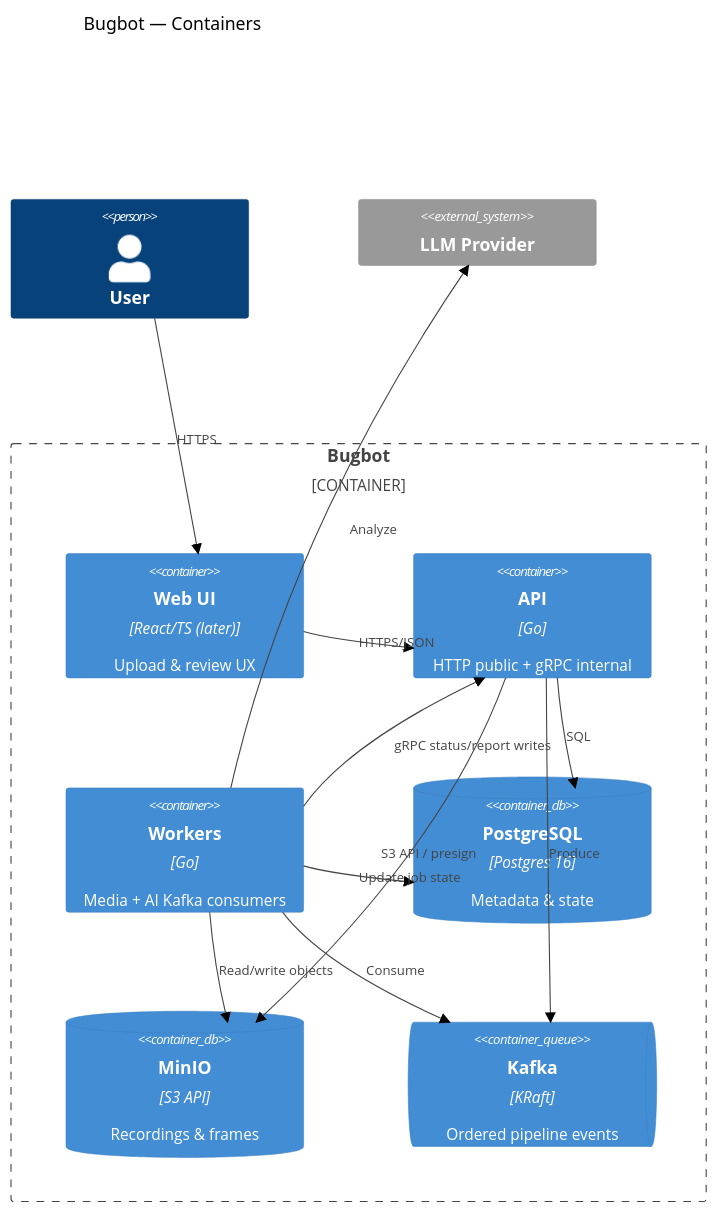
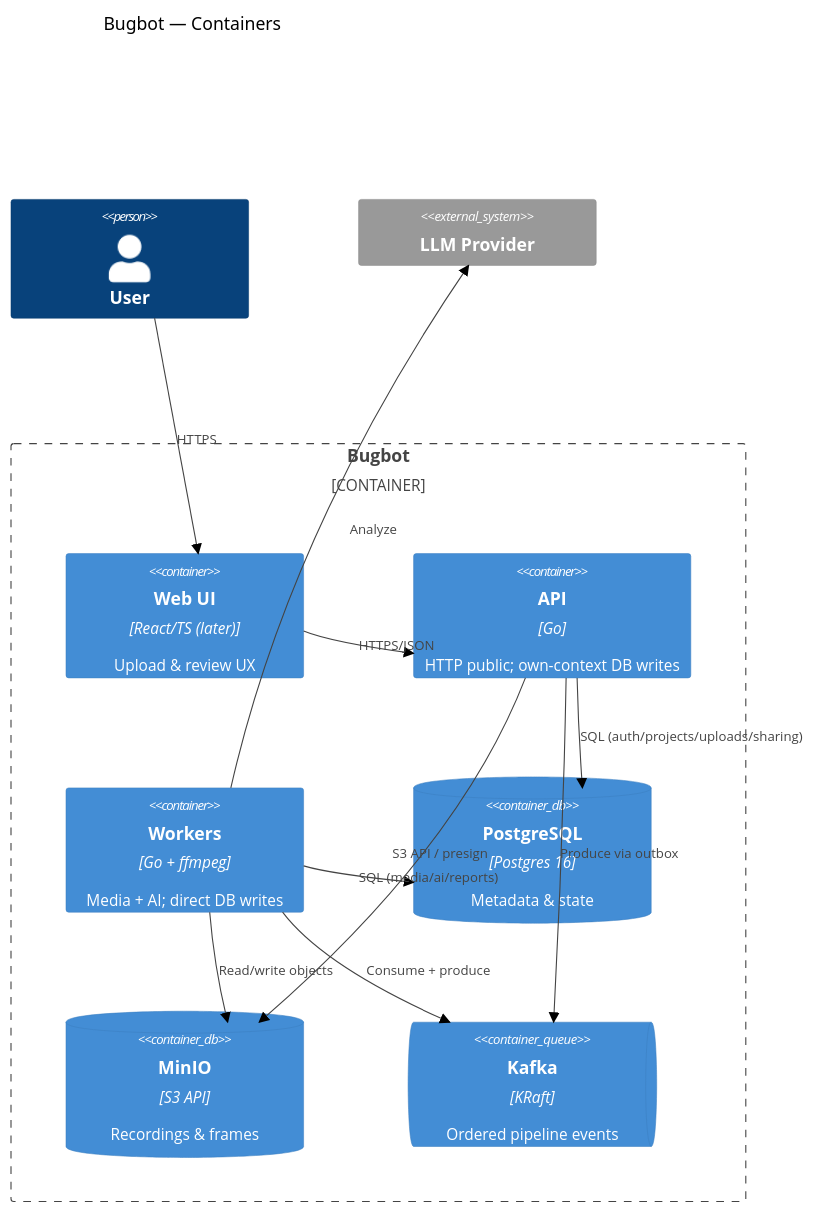
Before and after one commit to Brohammad/BugSathi: the second of 5 diagrams in docs/architecture/DIAGRAMS.md, drawn with Mermaid (forest theme). The commit also changed other lines of this file and 11 other files, not shown here.

First line of the commit message:
Lock Milestone 1 with approved architectural refinements.

````diff
--- a/docs/architecture/DIAGRAMS.md
+++ b/docs/architecture/DIAGRAMS.md
@@ -25,28 +25,27 @@
 ```mermaid
 C4Container
     title Bugbot — Containers
 
     Person(user, "User")
 
     Container_Boundary(bugbot, "Bugbot") {
         Container(web, "Web UI", "React/TS (later)", "Upload & review UX")
-        Container(api, "API", "Go", "HTTP public + gRPC internal")
-        Container(worker, "Workers", "Go", "Media + AI Kafka consumers")
+        Container(api, "API", "Go", "HTTP public; own-context DB writes")
+        Container(worker, "Workers", "Go + ffmpeg", "Media + AI; direct DB writes")
         ContainerDb(pg, "PostgreSQL", "Postgres 16", "Metadata & state")
         ContainerDb(minio, "MinIO", "S3 API", "Recordings & frames")
         ContainerQueue(kafka, "Kafka", "KRaft", "Ordered pipeline events")
     }
 
     System_Ext(llm, "LLM Provider")
 
     Rel(user, web, "HTTPS")
     Rel(web, api, "HTTPS/JSON")
-    Rel(api, pg, "SQL")
+    Rel(api, pg, "SQL (auth/projects/uploads/sharing)")
     Rel(api, minio, "S3 API / presign")
-    Rel(api, kafka, "Produce")
-    Rel(worker, kafka, "Consume")
+    Rel(api, kafka, "Produce via outbox")
+    Rel(worker, kafka, "Consume + produce")
     Rel(worker, minio, "Read/write objects")
-    Rel(worker, pg, "Update job state")
-    Rel(worker, api, "gRPC status/report writes")
+    Rel(worker, pg, "SQL (media/ai/reports)")
     Rel(worker, llm, "Analyze")
 ```
````
